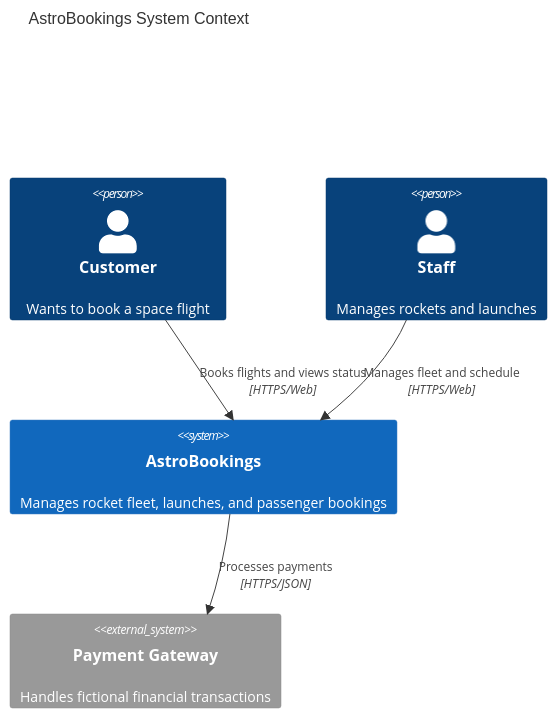
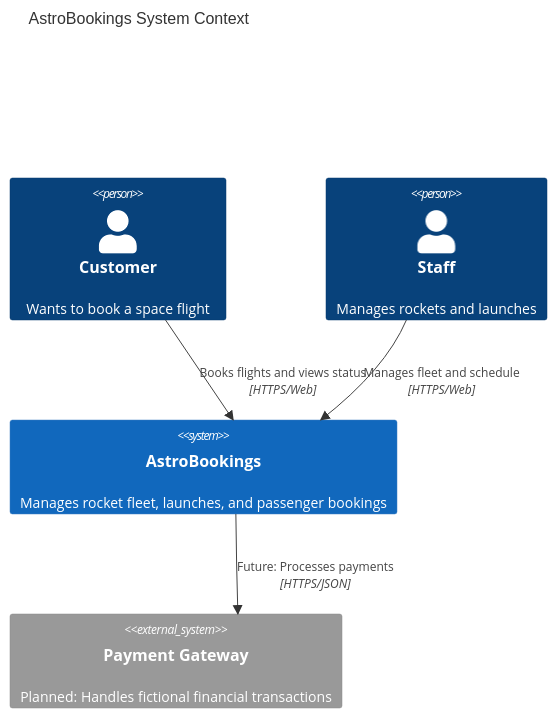
The first of 2 diagrams in .product/arch/system.arch.md (AlbertoBasaloAcademy/dipta-sdd-java), drawn with Mermaid before and after one commit. The commit also changed other lines of this file and 5 other files, not shown here.

Commit message:
docs: architecture updates

````diff
--- a/.product/arch/system.arch.md
+++ b/.product/arch/system.arch.md
@@ -9,15 +9,15 @@
 ```mermaid
 C4Context
   title AstroBookings System Context
 
   Person(customer, "Customer", "Wants to book a space flight")
   Person(staff, "Staff", "Manages rockets and launches")
 
   System(astrobookings, "AstroBookings", "Manages rocket fleet, launches, and passenger bookings")
 
-  System_Ext(payment_gateway, "Payment Gateway", "Handles fictional financial transactions")
+  System_Ext(payment_gateway, "Payment Gateway", "Planned: Handles fictional financial transactions")
 
   Rel(customer, astrobookings, "Books flights and views status", "HTTPS/Web")
   Rel(staff, astrobookings, "Manages fleet and schedule", "HTTPS/Web")
-  Rel(astrobookings, payment_gateway, "Processes payments", "HTTPS/JSON")
+  Rel(astrobookings, payment_gateway, "Future: Processes payments", "HTTPS/JSON")
 ```
````
